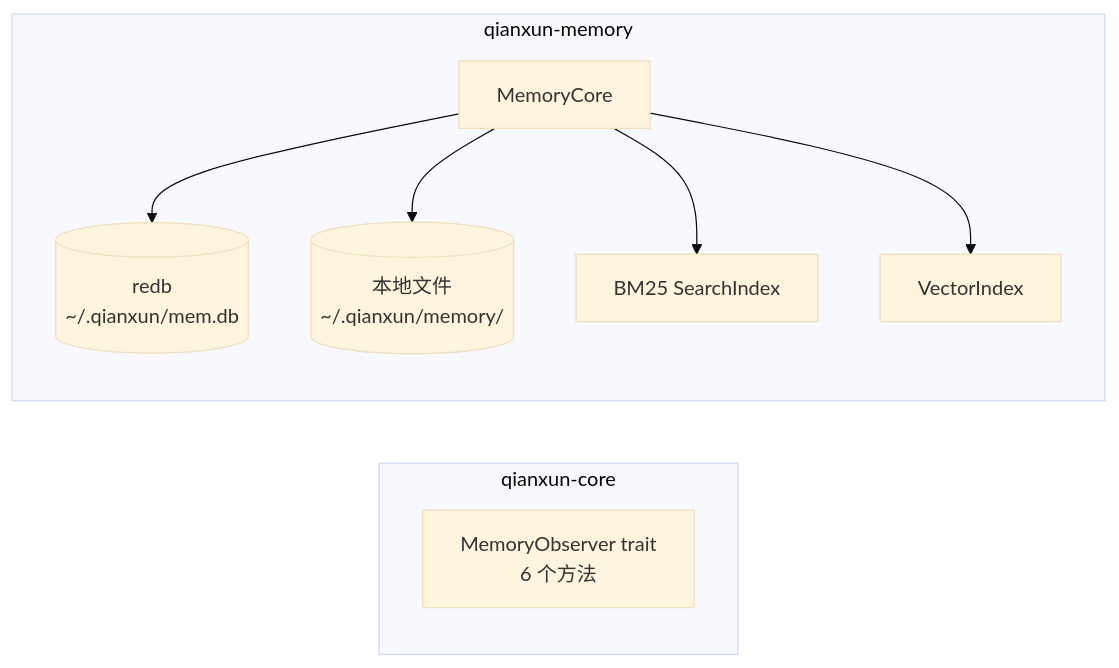
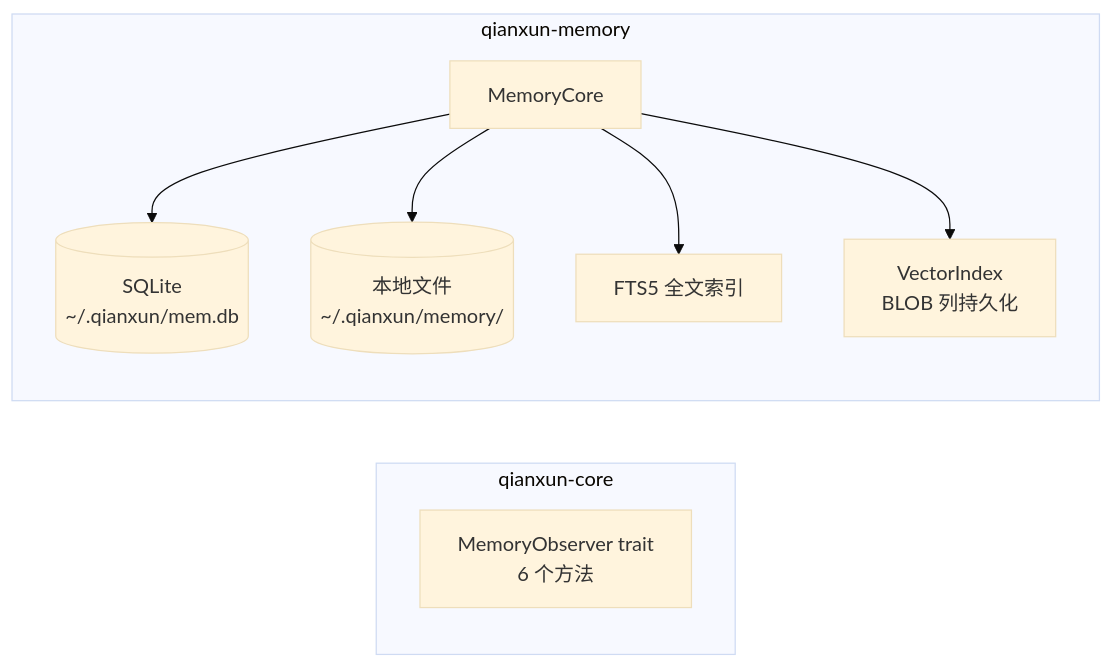
One commit to imxood/qianxun changed the third of 3 diagrams in docs/architecture.md. Above: the diagram before and after it, drawn with Mermaid (base theme). The commit also changed other lines of this file and 51 other files, not shown here.

````diff
--- a/docs/architecture.md
+++ b/docs/architecture.md
@@ -502,14 +530,13 @@
 ```mermaid
 graph LR
     subgraph "qianxun-core"
         MO[MemoryObserver trait<br/>6 个方法]
     end
-    
     subgraph "qianxun-memory"
         MC[MemoryCore]
-        MC --> R[(redb<br/>~/.qianxun/mem.db)]
+        MC --> DB[(SQLite<br/>~/.qianxun/mem.db)]
         MC --> F[(本地文件<br/>~/.qianxun/memory/)]
-        MC --> BM[BM25 SearchIndex]
-        MC --> VI[VectorIndex]
+        MC --> FTS[FTS5 全文索引]
+        MC --> VI[VectorIndex<br/>BLOB 列持久化]
     end
 ```
````
